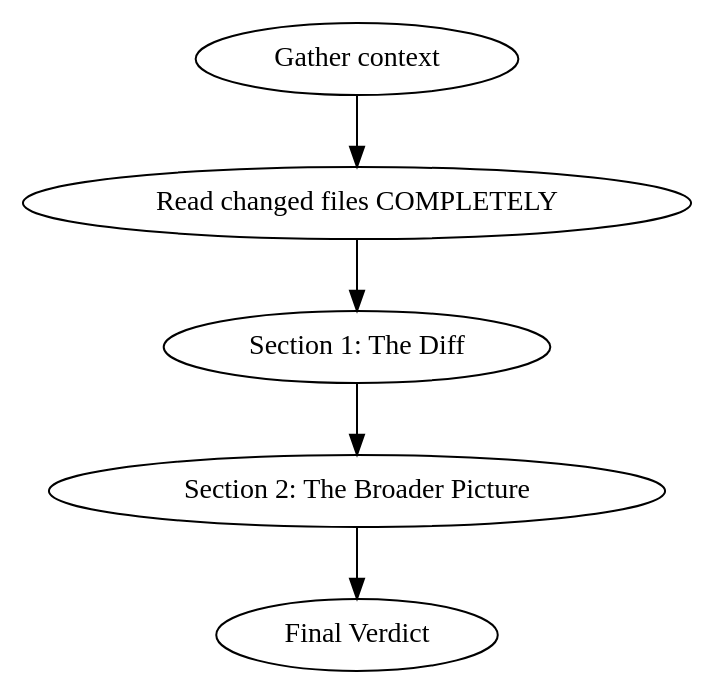
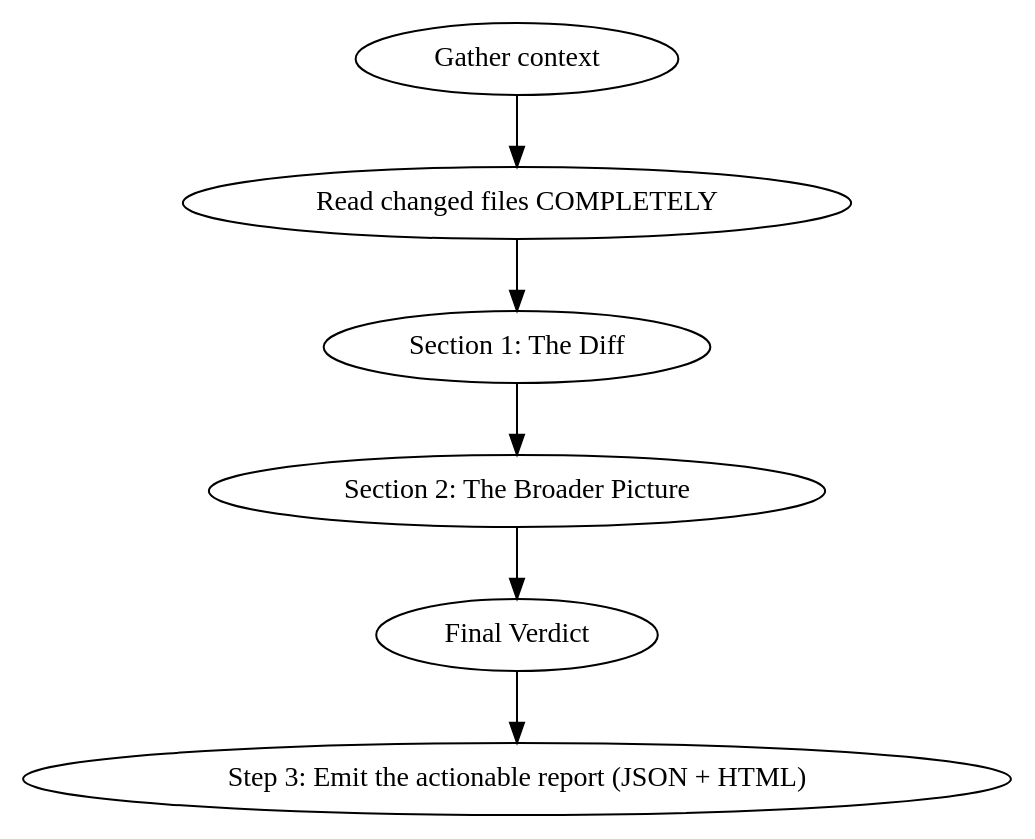
Before and after one commit to Atypical-Consulting/claude-legends-review: the diagram in skills/linus-review/SKILL.md, drawn with Graphviz. The commit also changed other lines of this file and 10 other files, not shown here.

First line of the commit message:
feat: actionable HTML reports for every review, solo or legends

````diff
--- a/skills/linus-review/SKILL.md
+++ b/skills/linus-review/SKILL.md
@@ -27,9 +27,10 @@
 ```dot
 digraph review {
     rankdir=TB;
     "Gather context" -> "Read changed files COMPLETELY";
     "Read changed files COMPLETELY" -> "Section 1: The Diff";
     "Section 1: The Diff" -> "Section 2: The Broader Picture";
     "Section 2: The Broader Picture" -> "Final Verdict";
+    "Final Verdict" -> "Step 3: Emit the actionable report (JSON + HTML)";
 }
 ```
````
